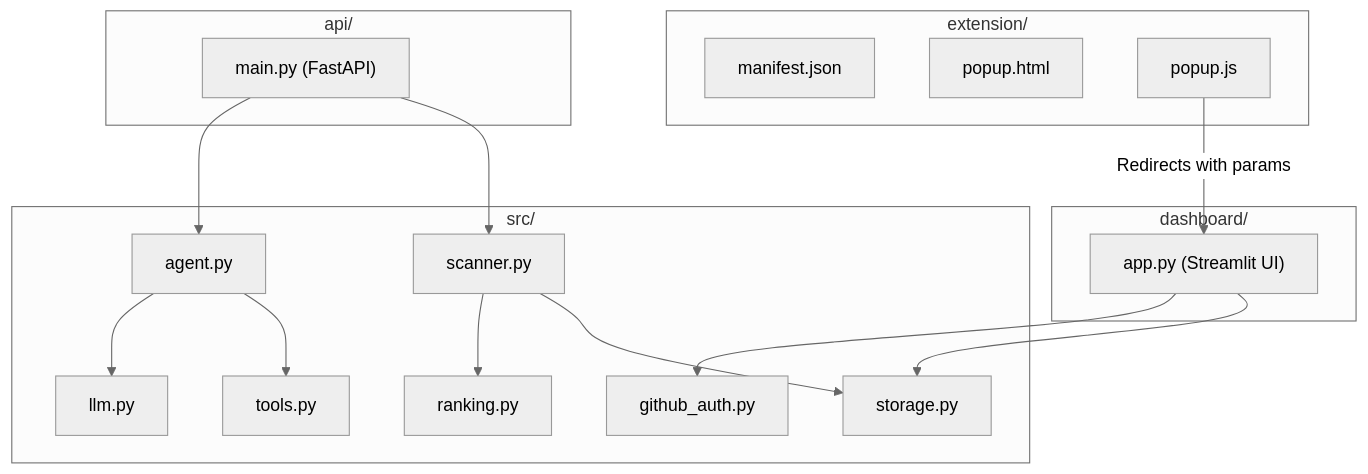
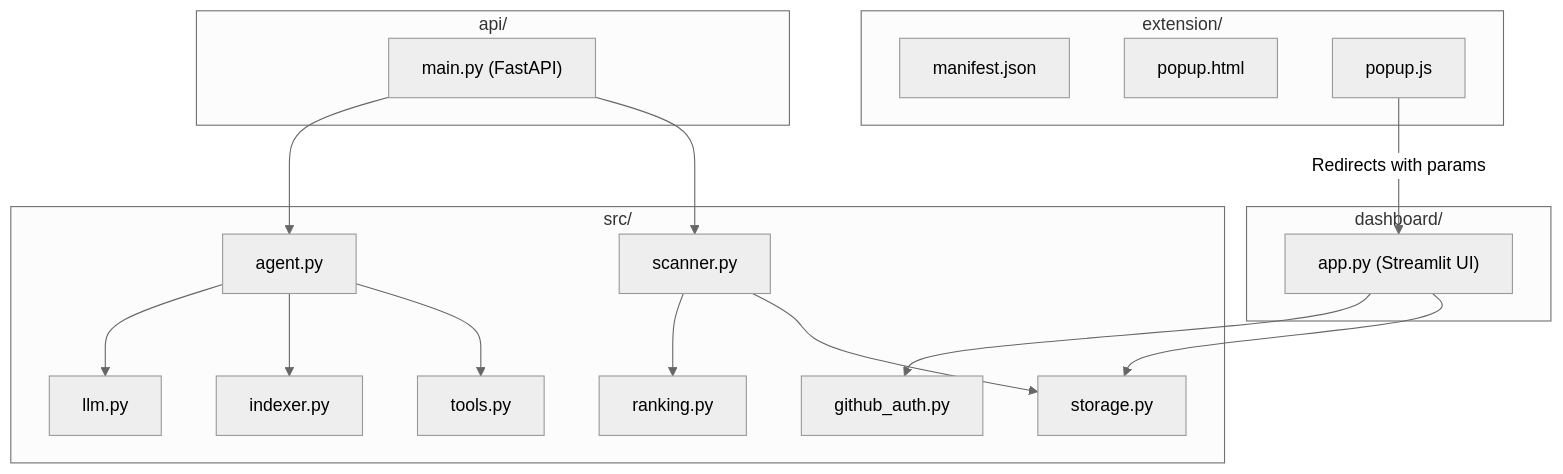
The sixth of 6 diagrams in docs/architecture.md (Reshal-006/rover), drawn with Mermaid (neutral theme) before and after one commit. The commit also changed other lines of this file and 72 other files, not shown here.

````diff
--- a/docs/architecture.md
+++ b/docs/architecture.md
@@ -127,33 +132,35 @@
 ```mermaid
 graph TB
     subgraph api/
         main.py["main.py (FastAPI)"]
     end
     subgraph dashboard/
         app.py["app.py (Streamlit UI)"]
     end
     subgraph extension/
         manifest["manifest.json"]
         popupHTML["popup.html"]
         popupJS["popup.js"]
     end
     subgraph src/
         agent["agent.py"]
         tools["tools.py"]
         llm["llm.py"]
         auth["github_auth.py"]
         scanner["scanner.py"]
         ranking["ranking.py"]
         storage["storage.py"]
+        indexer["indexer.py"]
     end
     
     app.py --> auth
     app.py --> storage
     main.py --> agent
     main.py --> scanner
     agent --> llm
+    agent --> indexer
     agent --> tools
     scanner --> ranking
     scanner --> storage
     popupJS -->|Redirects with params| app.py
 ```
````
